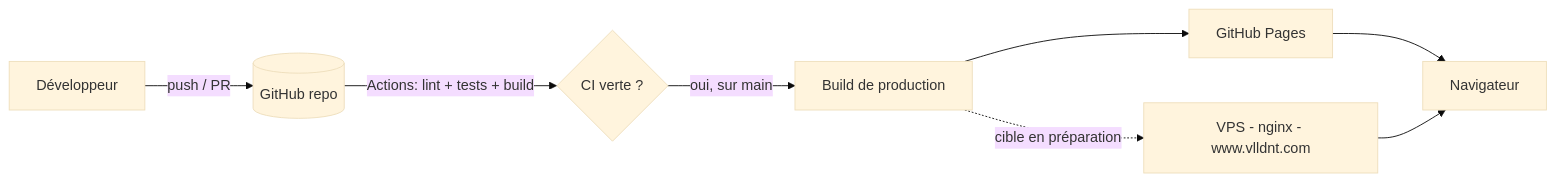
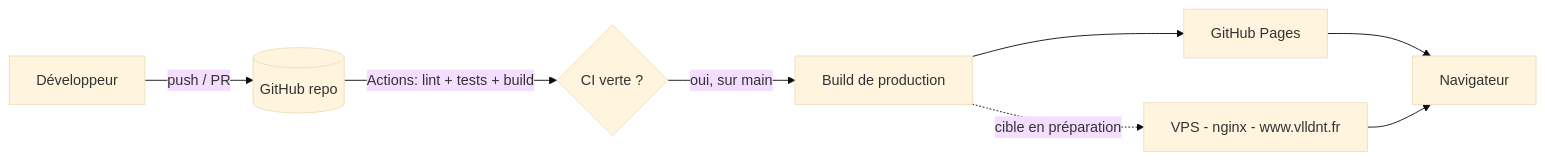
The first of 5 diagrams in docs/architecture.md (tomvieilledent/holberton-spe-fullstack), drawn with Mermaid (base theme) before and after one commit. The commit also changed 3 other files, not shown here.

Commit message:
docs: corrige le domaine cible (vlldnt.fr) et pointe le site vers le VPS

````diff
--- a/docs/architecture.md
+++ b/docs/architecture.md
@@ -8,10 +8,10 @@
 ```mermaid
 flowchart LR
     Dev[Développeur] -->|push / PR| GH[(GitHub repo)]
     GH -->|Actions: lint + tests + build| CI{CI verte ?}
     CI -->|oui, sur main| Deploy[Build de production]
     Deploy --> Pages[GitHub Pages]
-    Deploy -. cible en préparation .-> VPS[VPS - nginx - www.vlldnt.com]
+    Deploy -. cible en préparation .-> VPS[VPS - nginx - www.vlldnt.fr]
     Pages --> User[Navigateur]
     VPS --> User
 ```
````
